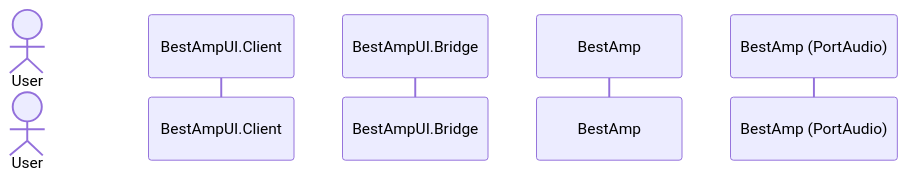
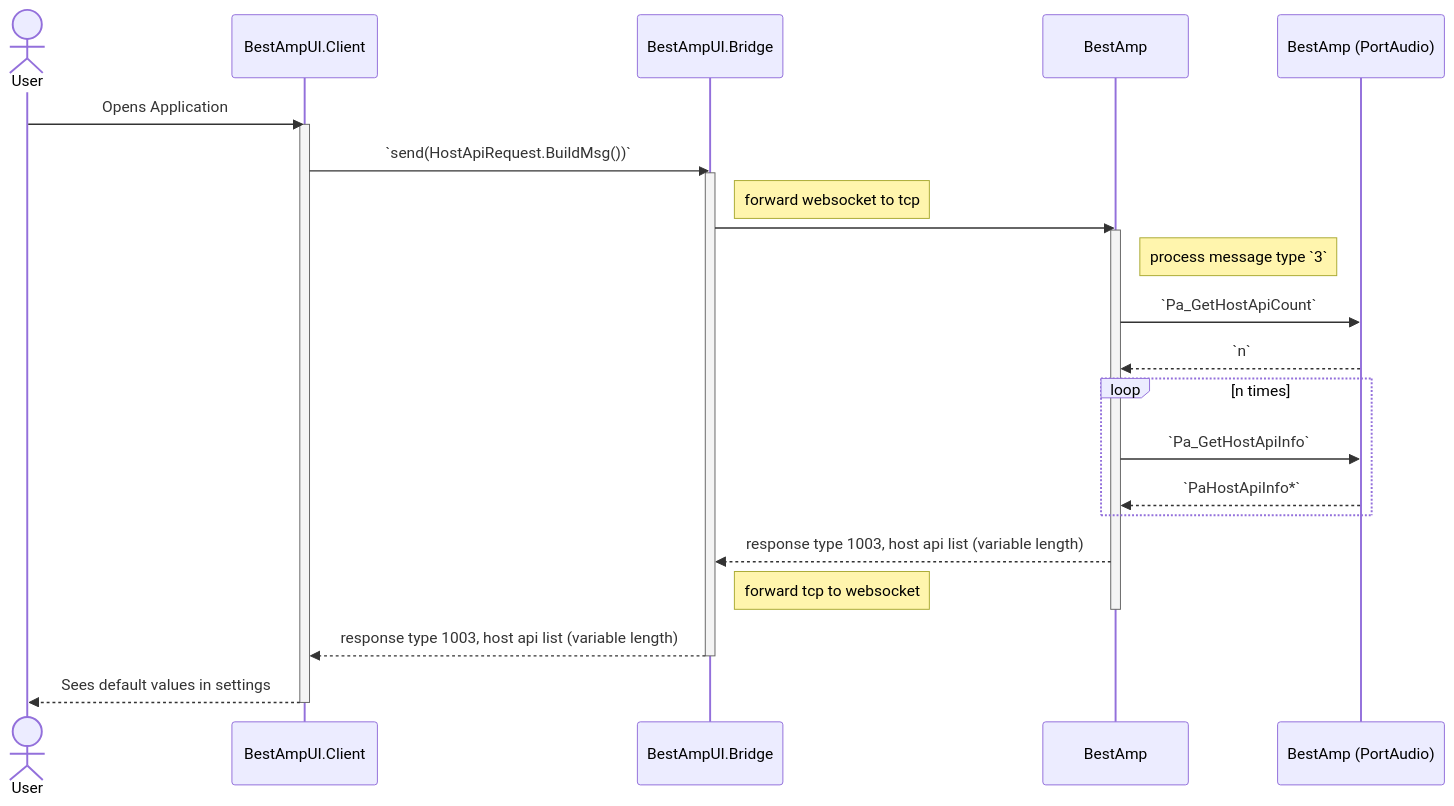
The diagram in docs/ba_query_host_apis_seq.mmd (Even-Better-Software/BestAmp), drawn with Mermaid before and after one commit. The commit also changed 1 other file, not shown here.

Commit message:
WO: query host APIs and query devices for host API message sequence diagrams finished.

```diff
--- a/docs/ba_query_host_apis_seq.mmd
+++ b/docs/ba_query_host_apis_seq.mmd
@@ -1,11 +1,33 @@
 sequenceDiagram
     actor U as User
 
     participant C   as BestAmpUI.Client
     participant B   as BestAmpUI.Bridge
     participant A1  as BestAmp
     participant A2  as BestAmp (PortAudio)
 
 
     %% start
+    U ->> C: Opens Application
+    activate C
+    C ->> B: `send(HostApiRequest.BuildMsg())`
+    activate B
+    Note right of B: forward websocket to tcp
+    B ->> A1: 
+    activate A1
+    Note right of A1: process message type `3`
+    A1 ->> A2: `Pa_GetHostApiCount`
+    A2 -->> A1: `n`
+    loop n times
+        A1 ->> A2: `Pa_GetHostApiInfo`
+        A2 -->> A1: `PaHostApiInfo*`
+    end
+    A1 -->> B: response type 1003, host api list (variable length)
+    Note right of B: forward tcp to websocket
+    deactivate A1
+    B -->> C: response type 1003, host api list (variable length)
+    deactivate B
+    C -->> U: Sees default values in settings
+    deactivate C
+
     %% end
```
